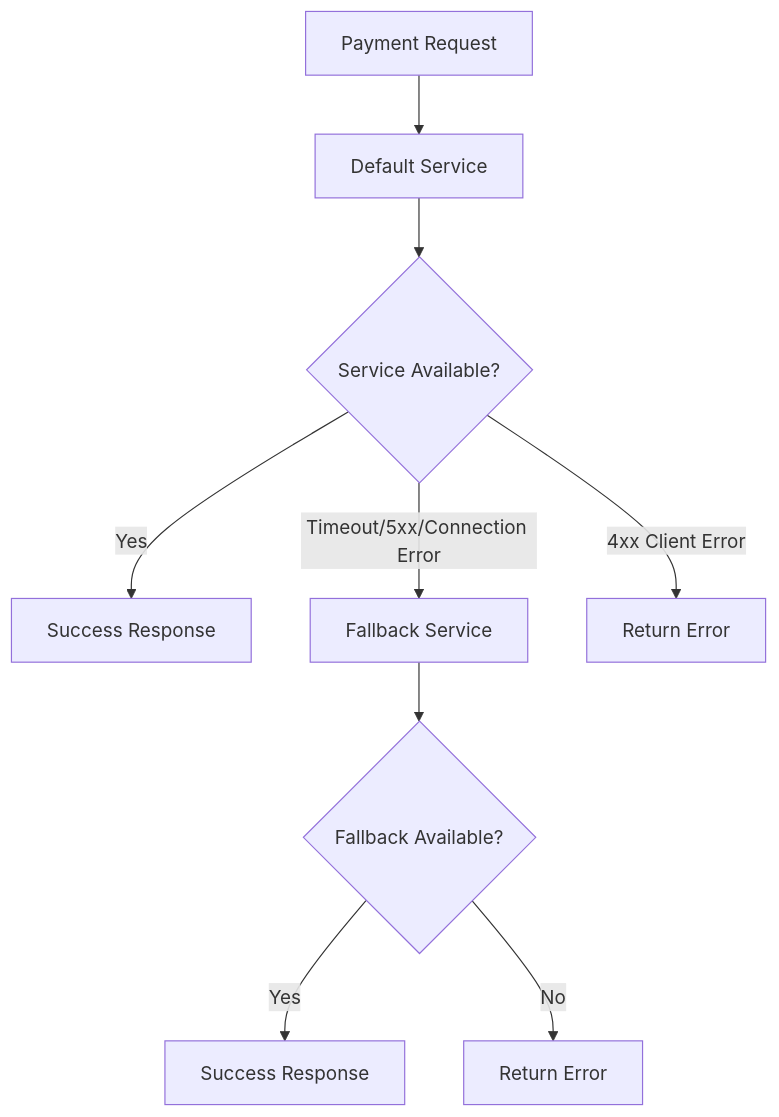
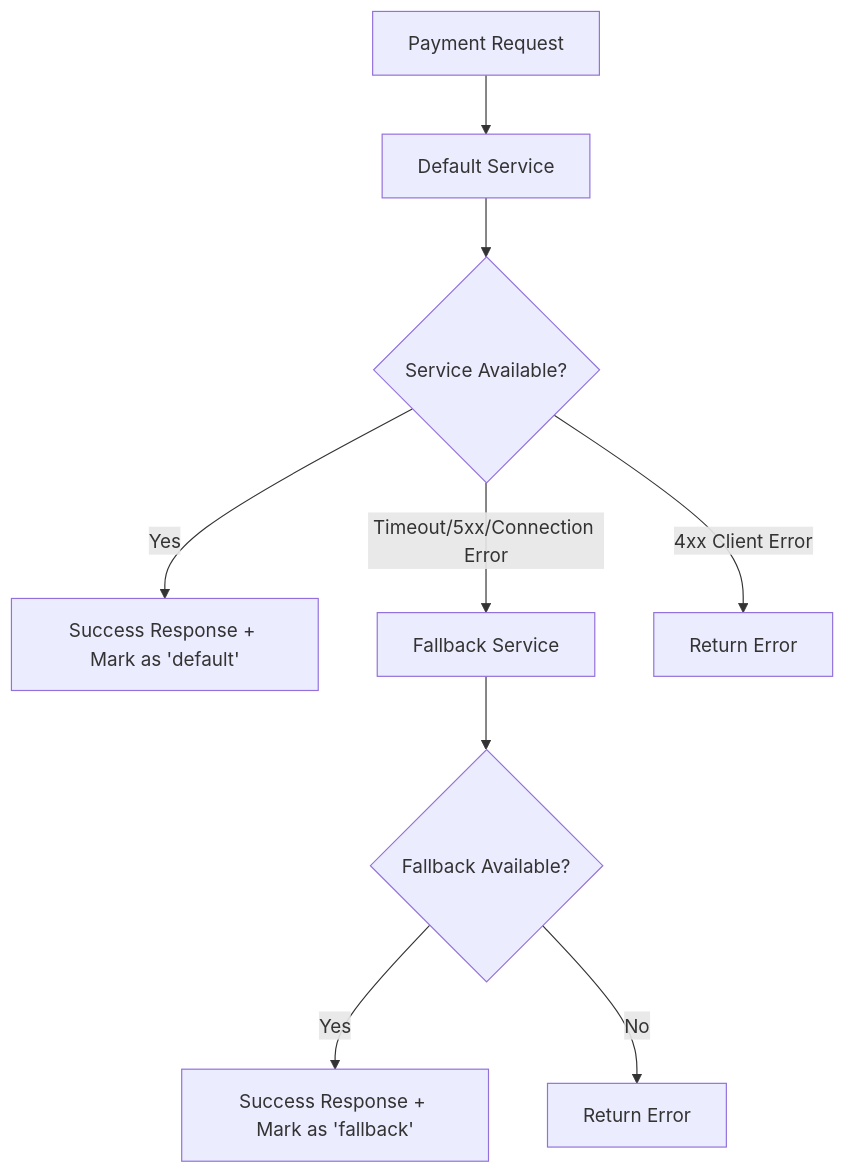
Before and after one commit to AlysonBasilio/rinha-de-backend-2025: the diagram in README.md, drawn with Mermaid. The commit also changed other lines of this file and 8 other files, not shown here.

````diff
--- a/README.md
+++ b/README.md
@@ -95,11 +116,11 @@
 ```mermaid
 graph TD
     A[Payment Request] --> B[Default Service]
     B --> C{Service Available?}
-    C -->|Yes| D[Success Response]
+    C -->|Yes| D[Success Response + Mark as 'default']
     C -->|Timeout/5xx/Connection Error| E[Fallback Service]
     C -->|4xx Client Error| F[Return Error]
     E --> G{Fallback Available?}
-    G -->|Yes| H[Success Response]
+    G -->|Yes| H[Success Response + Mark as 'fallback']
     G -->|No| I[Return Error]
 ```
````
